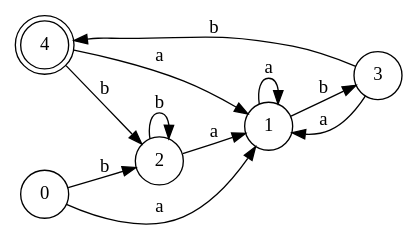
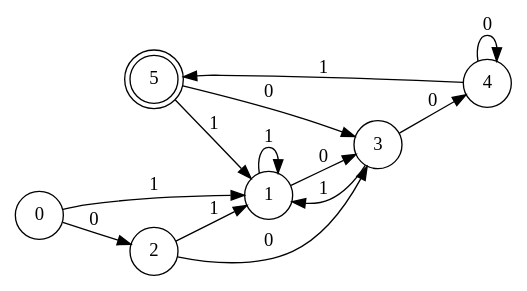
Before and after one commit to gusta257/Compis1: the diagram in fsam.gv, drawn with Graphviz. The commit also changed 4 other files, not shown here.

```diff
--- a/fsam.gv
+++ b/fsam.gv
@@ -1,25 +1,29 @@
 digraph finite_state_machine {
 	rankdir=LR size="8,5"
 	node [shape=doublecircle]
-	4
+	5
 	node [shape=circle]
-	0 -> 1 [label=a]
+	0 -> 1 [label=1]
 	node [shape=circle]
-	0 -> 2 [label=b]
+	0 -> 2 [label=0]
 	node [shape=circle]
-	1 -> 1 [label=a]
+	1 -> 1 [label=1]
 	node [shape=circle]
-	1 -> 3 [label=b]
+	1 -> 3 [label=0]
 	node [shape=circle]
-	2 -> 1 [label=a]
+	2 -> 1 [label=1]
 	node [shape=circle]
-	2 -> 2 [label=b]
+	2 -> 3 [label=0]
 	node [shape=circle]
-	3 -> 1 [label=a]
+	3 -> 1 [label=1]
 	node [shape=circle]
-	3 -> 4 [label=b]
+	3 -> 4 [label=0]
 	node [shape=circle]
-	4 -> 1 [label=a]
+	4 -> 5 [label=1]
 	node [shape=circle]
-	4 -> 2 [label=b]
+	4 -> 4 [label=0]
+	node [shape=circle]
+	5 -> 1 [label=1]
+	node [shape=circle]
+	5 -> 3 [label=0]
 }
```
